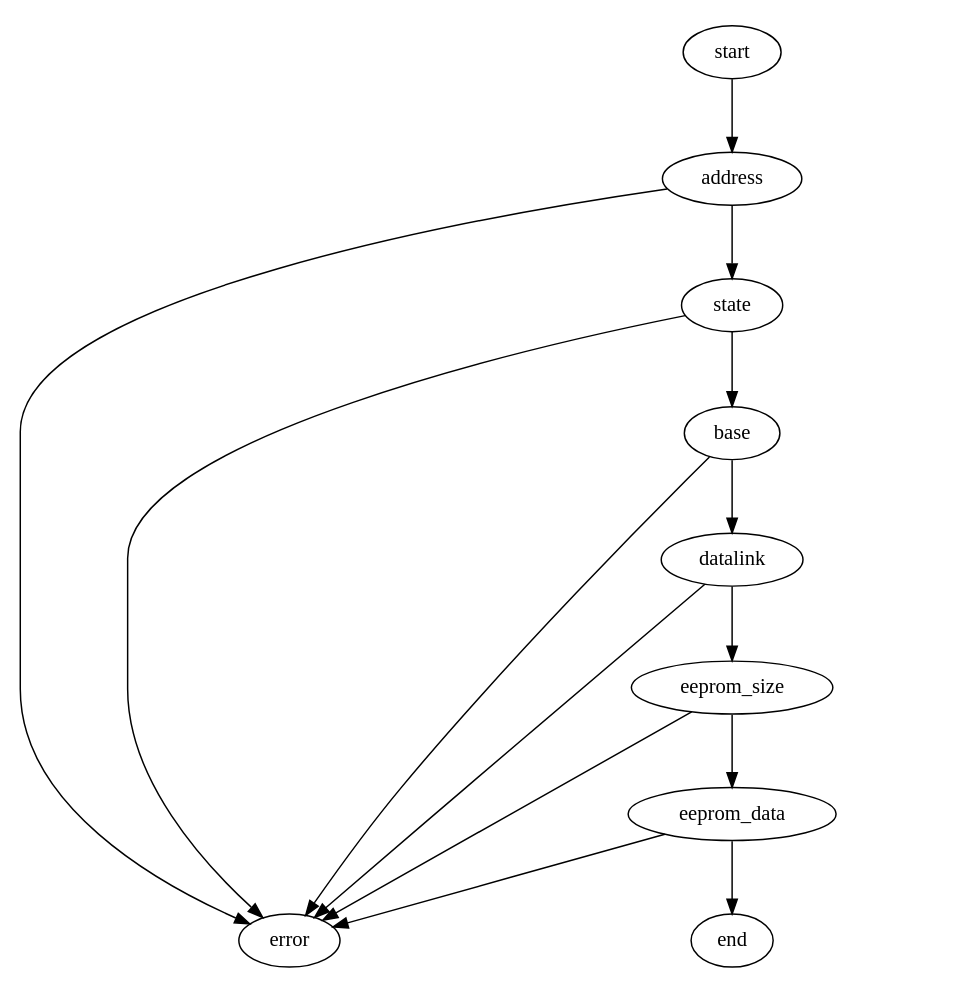
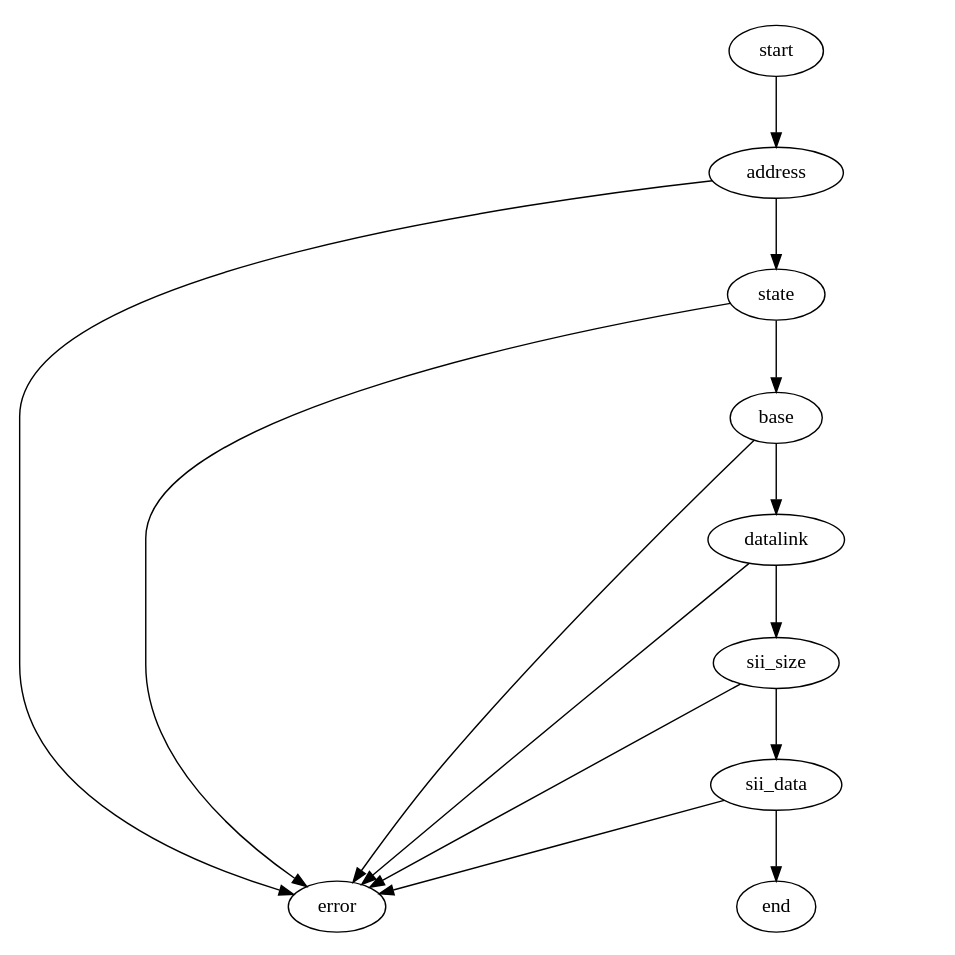
Before and after one commit to ribalda/ethercat: the diagram in documentation/graphs/fsm_slave_scan.dot, drawn with Graphviz. The commit also changed 12 other files, not shown here.

Commit message:
Renamed EEPROM to SII.

```diff
--- a/documentation/graphs/fsm_slave_scan.dot
+++ b/documentation/graphs/fsm_slave_scan.dot
@@ -1,28 +1,28 @@
 
 /* $Id$ */
 
 digraph slavescan {
     size="7,9"
     center=1
 	ratio=fill
 
     start -> address [weight=10]
 
     address -> error
     address -> state [weight=10]
 
     state -> error
     state -> base [weight=10]
 
     base -> error
     base -> datalink [weight=10]
 
     datalink -> error
-    datalink -> eeprom_size [weight=10]
+    datalink -> sii_size [weight=10]
 
-    eeprom_size -> error
-    eeprom_size -> eeprom_data [weight=10]
+    sii_size -> error
+    sii_size -> sii_data [weight=10]
 
-    eeprom_data -> error
-    eeprom_data -> end [weight=10]
+    sii_data -> error
+    sii_data -> end [weight=10]
 }
```
